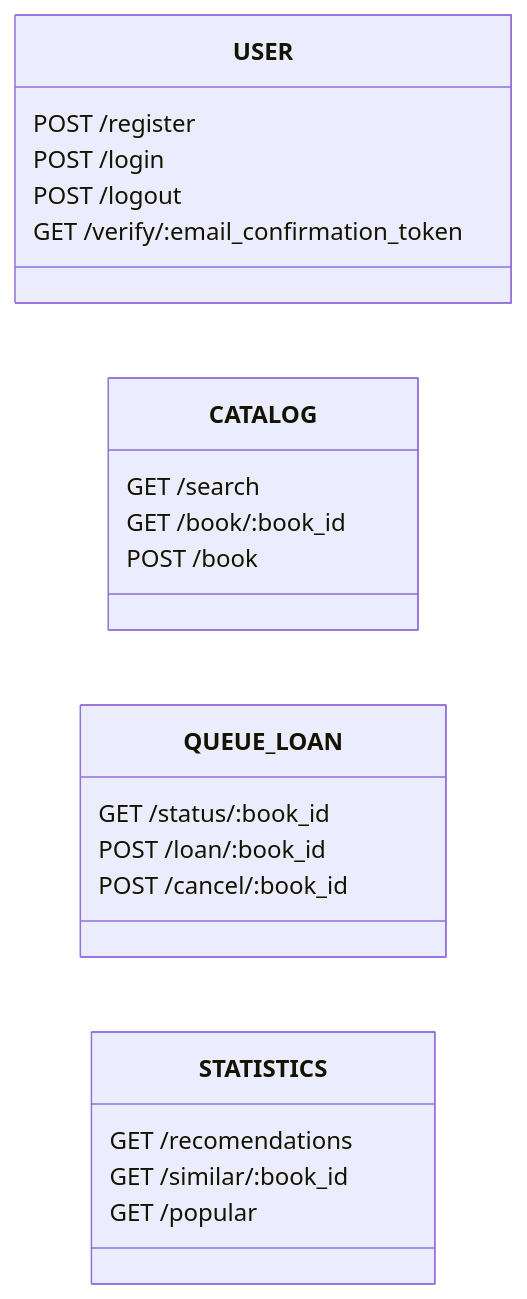
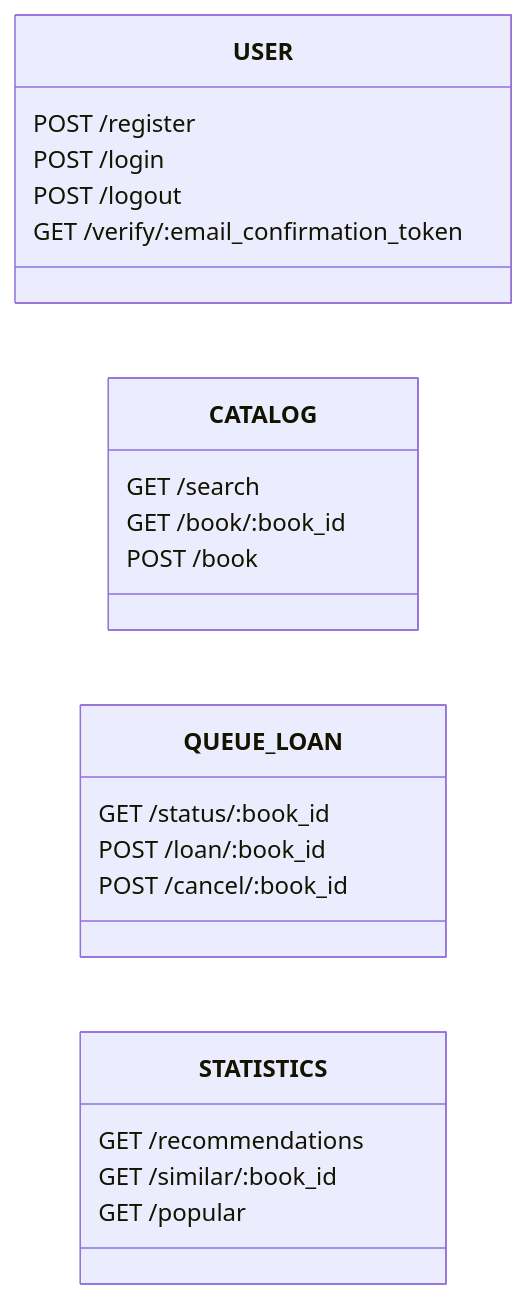
Before and after one commit to Ki4EH/lib-service: the second of 2 diagrams in README.md, drawn with Mermaid.

Commit message:
typo: fix typo in README.md

````diff
--- a/README.md
+++ b/README.md
@@ -87,31 +87,31 @@
 ```mermaid
 classDiagram
 direction LR
 class USER{
     POST /register
     POST /login
     POST /logout
     GET /verify/:email_confirmation_token
 }
 
 direction LR
 class CATALOG{
     GET /search
     GET /book/:book_id
     POST /book
 }
 
 direction LR
 class QUEUE_LOAN{
     GET /status/:book_id
     POST /loan/:book_id
     POST /cancel/:book_id
 }
 
 direction LR
 class STATISTICS{
-    GET /recomendations
+    GET /recommendations
     GET /similar/:book_id
     GET /popular
 }
 ```
````
